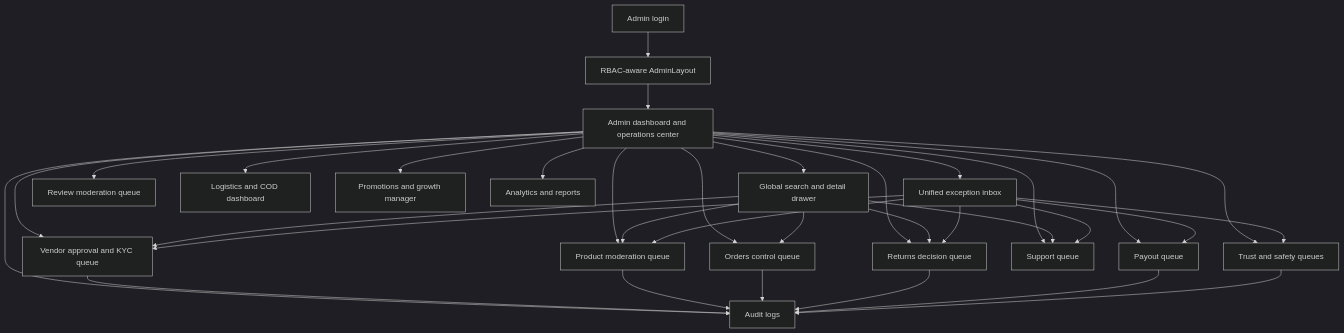
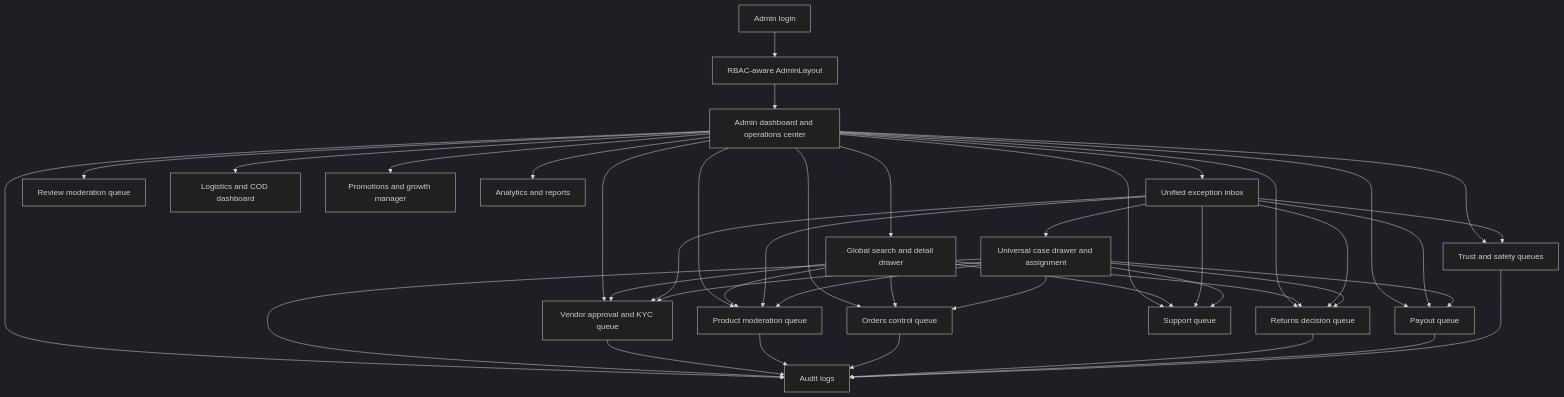
Before and after one commit to mrbabu07/Amiyo-Go: the sixth of 11 diagrams in MARKETPLACE_WORKFLOW_DIAGRAMS.md, drawn with Mermaid (dark theme). The commit also changed other lines of this file and 5 other files, not shown here.

Commit message:
Add admin exception case workflow

````diff
--- a/MARKETPLACE_WORKFLOW_DIAGRAMS.md
+++ b/MARKETPLACE_WORKFLOW_DIAGRAMS.md
@@ -328,38 +328,46 @@
 ```mermaid
 flowchart TB
     ADMIN_LOGIN[Admin login] --> RBAC[RBAC-aware AdminLayout]
     RBAC --> DASH[Admin dashboard and operations center]
 
     DASH --> GLOBAL_SEARCH[Global search and detail drawer]
     DASH --> EXCEPTION_INBOX[Unified exception inbox]
+    EXCEPTION_INBOX --> CASE_DRAWER[Universal case drawer and assignment]
     DASH --> VENDOR_QUEUE[Vendor approval and KYC queue]
     DASH --> PRODUCT_QUEUE[Product moderation queue]
     DASH --> ORDER_QUEUE[Orders control queue]
     DASH --> RETURN_QUEUE[Returns decision queue]
     DASH --> PAYOUT_QUEUE[Payout queue]
     DASH --> SUPPORT_QUEUE[Support queue]
     DASH --> REVIEW_QUEUE[Review moderation queue]
     DASH --> TRUST_QUEUE[Trust and safety queues]
     DASH --> LOGISTICS_DASH[Logistics and COD dashboard]
     DASH --> PROMO_DASH[Promotions and growth manager]
     DASH --> ANALYTICS_DASH[Analytics and reports]
     DASH --> AUDIT_LOGS[Audit logs]
 
     GLOBAL_SEARCH --> ORDER_QUEUE
     GLOBAL_SEARCH --> VENDOR_QUEUE
     GLOBAL_SEARCH --> PRODUCT_QUEUE
     GLOBAL_SEARCH --> RETURN_QUEUE
     GLOBAL_SEARCH --> SUPPORT_QUEUE
     EXCEPTION_INBOX --> VENDOR_QUEUE
     EXCEPTION_INBOX --> PRODUCT_QUEUE
     EXCEPTION_INBOX --> RETURN_QUEUE
     EXCEPTION_INBOX --> PAYOUT_QUEUE
     EXCEPTION_INBOX --> SUPPORT_QUEUE
     EXCEPTION_INBOX --> TRUST_QUEUE
+    CASE_DRAWER --> VENDOR_QUEUE
+    CASE_DRAWER --> PRODUCT_QUEUE
+    CASE_DRAWER --> ORDER_QUEUE
+    CASE_DRAWER --> RETURN_QUEUE
+    CASE_DRAWER --> PAYOUT_QUEUE
+    CASE_DRAWER --> SUPPORT_QUEUE
+    CASE_DRAWER --> AUDIT_LOGS
     VENDOR_QUEUE --> AUDIT_LOGS
     PRODUCT_QUEUE --> AUDIT_LOGS
     ORDER_QUEUE --> AUDIT_LOGS
     RETURN_QUEUE --> AUDIT_LOGS
     PAYOUT_QUEUE --> AUDIT_LOGS
     TRUST_QUEUE --> AUDIT_LOGS
 ```
````
